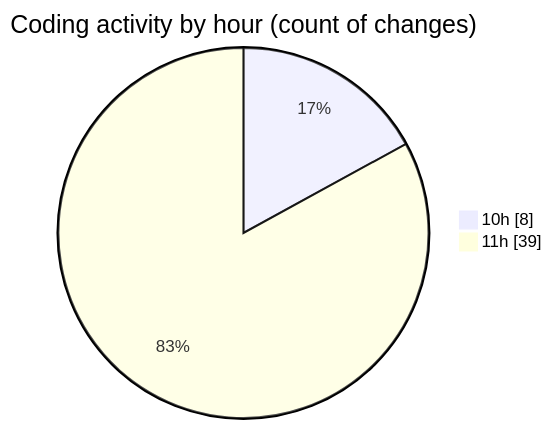
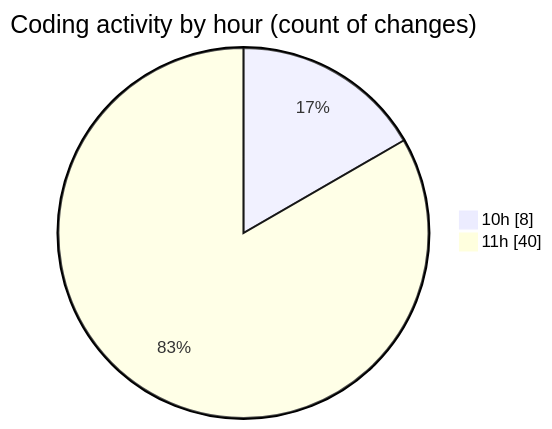
Before and after one commit to momahboobian/code-tracking: the second of 2 diagrams in 2026-10-13/cda/README.md, drawn with Mermaid. The commit also changed other lines of this file and 1 other file, not shown here.

````diff
--- a/2026-10-13/cda/README.md
+++ b/2026-10-13/cda/README.md
@@ -45,6 +45,6 @@
 ```mermaid
 pie showData
 title Coding activity by hour (count of changes)
 "10h" : 8
-"11h" : 39
+"11h" : 40
 ```
````
